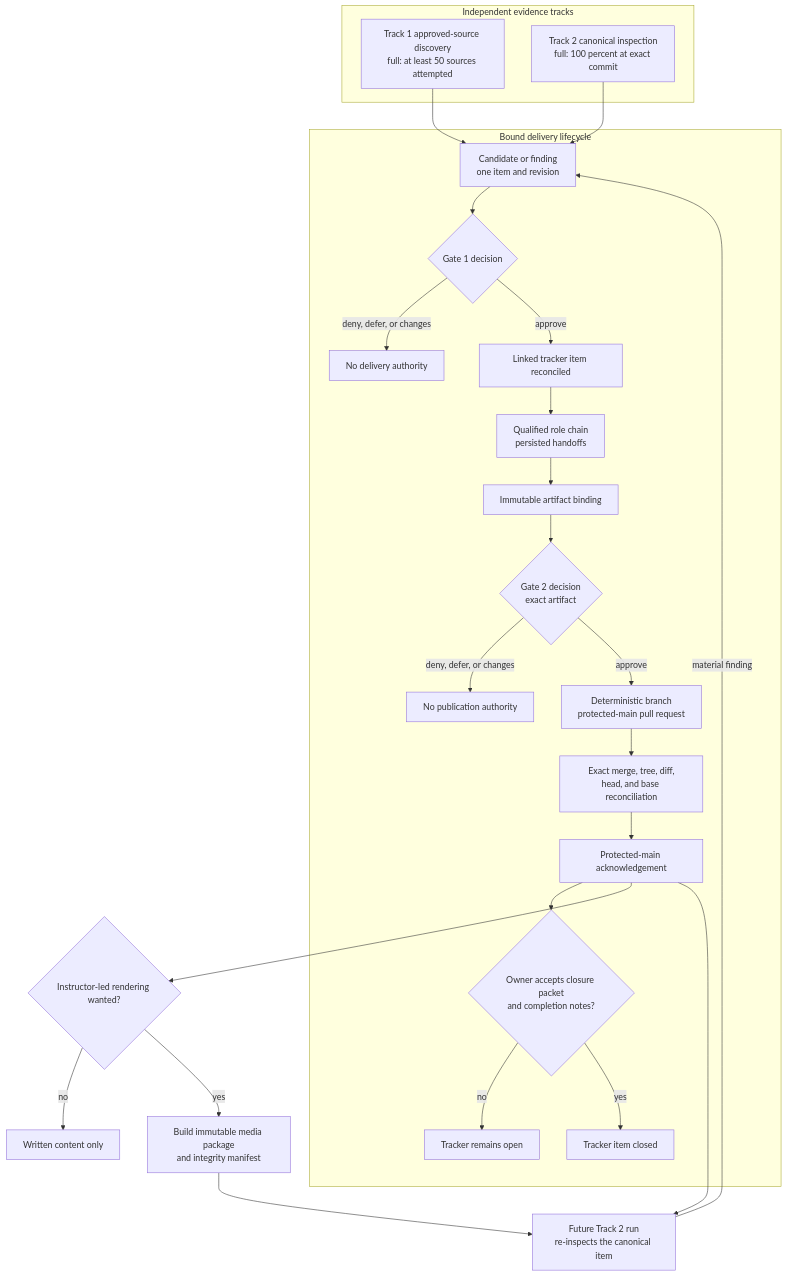
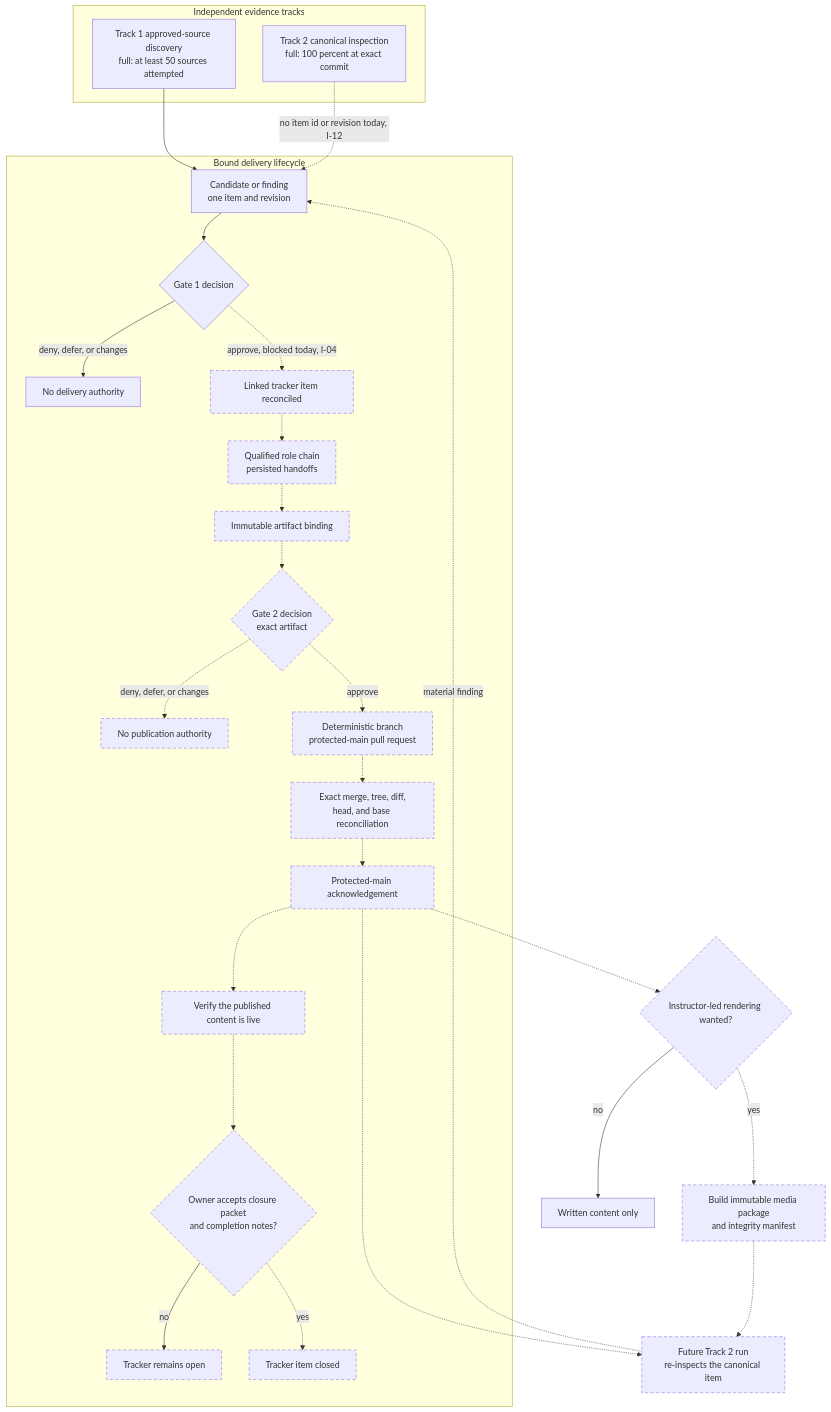
Before and after one commit to project42dev/project42-platform: the diagram in docs/orchard/lifecycle.md, drawn with Mermaid. The commit also changed other lines of this file and 4 other files, not shown here.

First line of the commit message:
docs(orchard): T10 - reconcile publication terms, cutoff claims, request-intake status, batch-digest override

````diff
--- a/docs/orchard/lifecycle.md
+++ b/docs/orchard/lifecycle.md
@@ -221,34 +229,38 @@
 ```mermaid
 flowchart TD
   subgraph EVIDENCE["Independent evidence tracks"]
     A1["Track 1 approved-source discovery<br/>full: at least 50 sources attempted"]
     A2["Track 2 canonical inspection<br/>full: 100 percent at exact commit"]
     end
 
   A1 --> B1["Candidate or finding<br/>one item and revision"]
-  A2 --> B1
+  A2 -.->|"no item id or revision today, I-12"| B1
 
   subgraph DELIVERY["Bound delivery lifecycle"]
     B1 --> B2{"Gate 1 decision"}
     B2 -->|deny, defer, or changes| B3["No delivery authority"]
-    B2 -->|approve| B4["Linked tracker item reconciled"]
-    B4 --> B5["Qualified role chain<br/>persisted handoffs"]
-    B5 --> B6["Immutable artifact binding"]
-    B6 --> B7{"Gate 2 decision<br/>exact artifact"}
-    B7 -->|deny, defer, or changes| B8["No publication authority"]
-    B7 -->|approve| B9["Deterministic branch<br/>protected-main pull request"]
-    B9 --> B10["Exact merge, tree, diff,<br/>head, and base reconciliation"]
-    B10 --> B11["Protected-main acknowledgement"]
-    B11 --> B12{"Owner accepts closure packet<br/>and completion notes?"}
+    B2 -.->|"approve, blocked today, I-04"| B4["Linked tracker item reconciled"]
+    B4 -.-> B5["Qualified role chain<br/>persisted handoffs"]
+    B5 -.-> B6["Immutable artifact binding"]
+    B6 -.-> B7{"Gate 2 decision<br/>exact artifact"}
+    B7 -.->|deny, defer, or changes| B8["No publication authority"]
+    B7 -.->|approve| B9["Deterministic branch<br/>protected-main pull request"]
+    B9 -.-> B10["Exact merge, tree, diff,<br/>head, and base reconciliation"]
+    B10 -.-> B11["Protected-main acknowledgement"]
+    B11 -.-> B11V["Verify the published content is live"]
+    B11V -.-> B12{"Owner accepts closure packet<br/>and completion notes?"}
     B12 -->|no| B13["Tracker remains open"]
-    B12 -->|yes| B14["Tracker item closed"]
+    B12 -.->|yes| B14["Tracker item closed"]
     end
 
-  B11 --> C1{"Instructor-led rendering wanted?"}
+  B11 -.-> C1{"Instructor-led rendering wanted?"}
   C1 -->|no| C2["Written content only"]
-  C1 -->|yes| C3["Build immutable media package<br/>and integrity manifest"]
+  C1 -.->|yes| C3["Build immutable media package<br/>and integrity manifest"]
 
-  B11 --> D1["Future Track 2 run<br/>re-inspects the canonical item"]
-  C3 --> D1
-  D1 -->|material finding| B1
+  B11 -.-> D1["Future Track 2 run<br/>re-inspects the canonical item"]
+  C3 -.-> D1
+  D1 -.->|material finding| B1
+
+  classDef notbuilt stroke-dasharray: 6 4
+  class B4,B5,B6,B7,B8,B9,B10,B11,B11V,B12,B13,B14,C1,C3,D1 notbuilt
 ```
````
